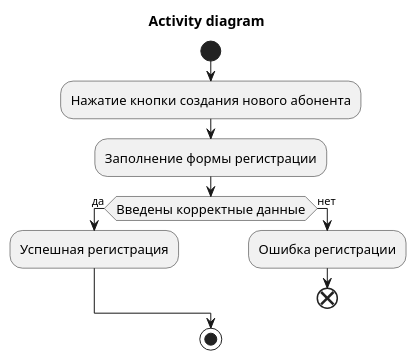
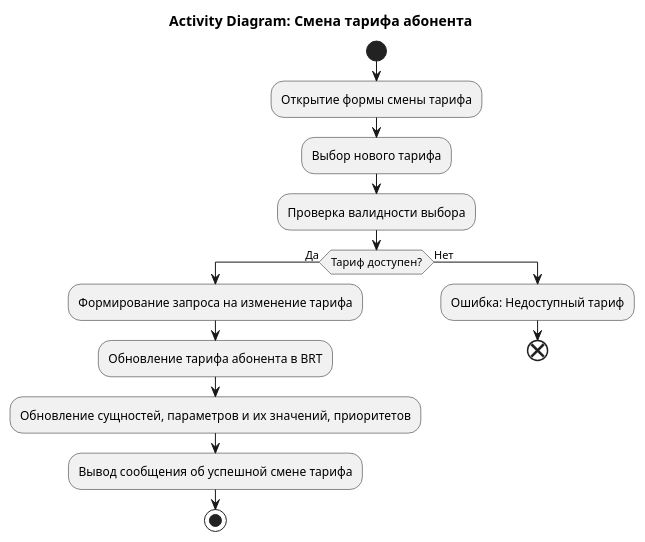
The diagram in Исходники/Activity_Diagram_change_tariff.puml (very-cool-dude/nexign-project), drawn with PlantUML before and after one commit.

```diff
--- a/Исходники/Activity_Diagram_change_tariff.puml
+++ b/Исходники/Activity_Diagram_change_tariff.puml
@@ -1,25 +1,20 @@
-@startuml Activity diagram
+@startuml
 
-title: Activity diagram
+title: Activity Diagram: Смена тарифа абонента
 
 start
+:Открытие формы смены тарифа;
+:Выбор нового тарифа;
+:Проверка валидности выбора;
 
-skinparam Activity {
-  FontSize 13
-  FontName "Arial Narrow"
-}
-
-:Нажатие кнопки создания нового абонента;
-
-:Заполнение формы регистрации;
-
-if (Введены корректные данные) then (да)
-  :Успешная регистрация;
-else (нет)
-  :Ошибка регистрации;
+if (Тариф доступен?) then (Да)
+  :Формирование запроса на изменение тарифа;
+  :Обновление тарифа абонента в BRT;
+  :Обновление сущностей, параметров и их значений, приоритетов;
+  :Вывод сообщения об успешной смене тарифа;
+  stop
+else (Нет)
+  :Ошибка: Недоступный тариф;
   end
 endif
-
-stop
-
 @enduml
```
